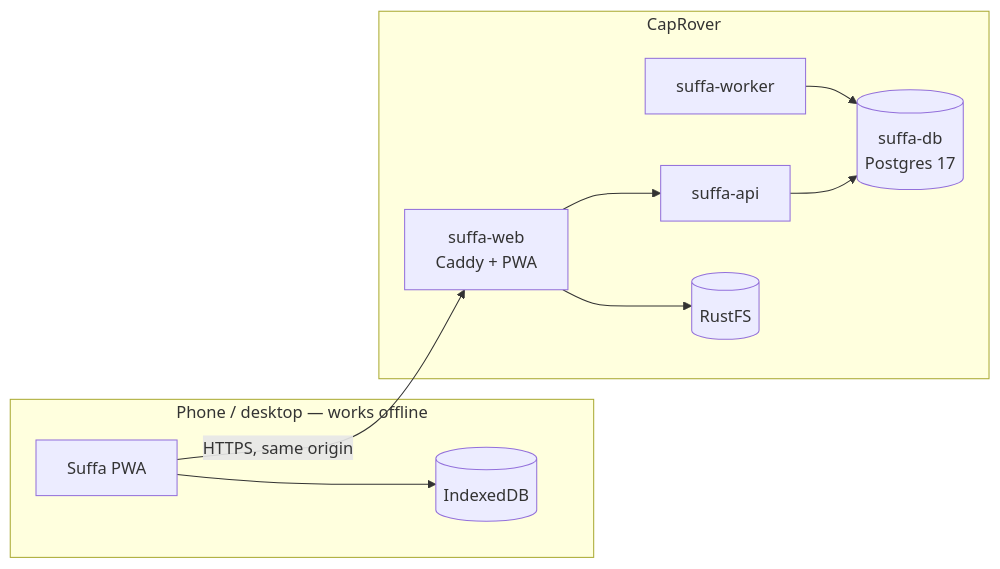
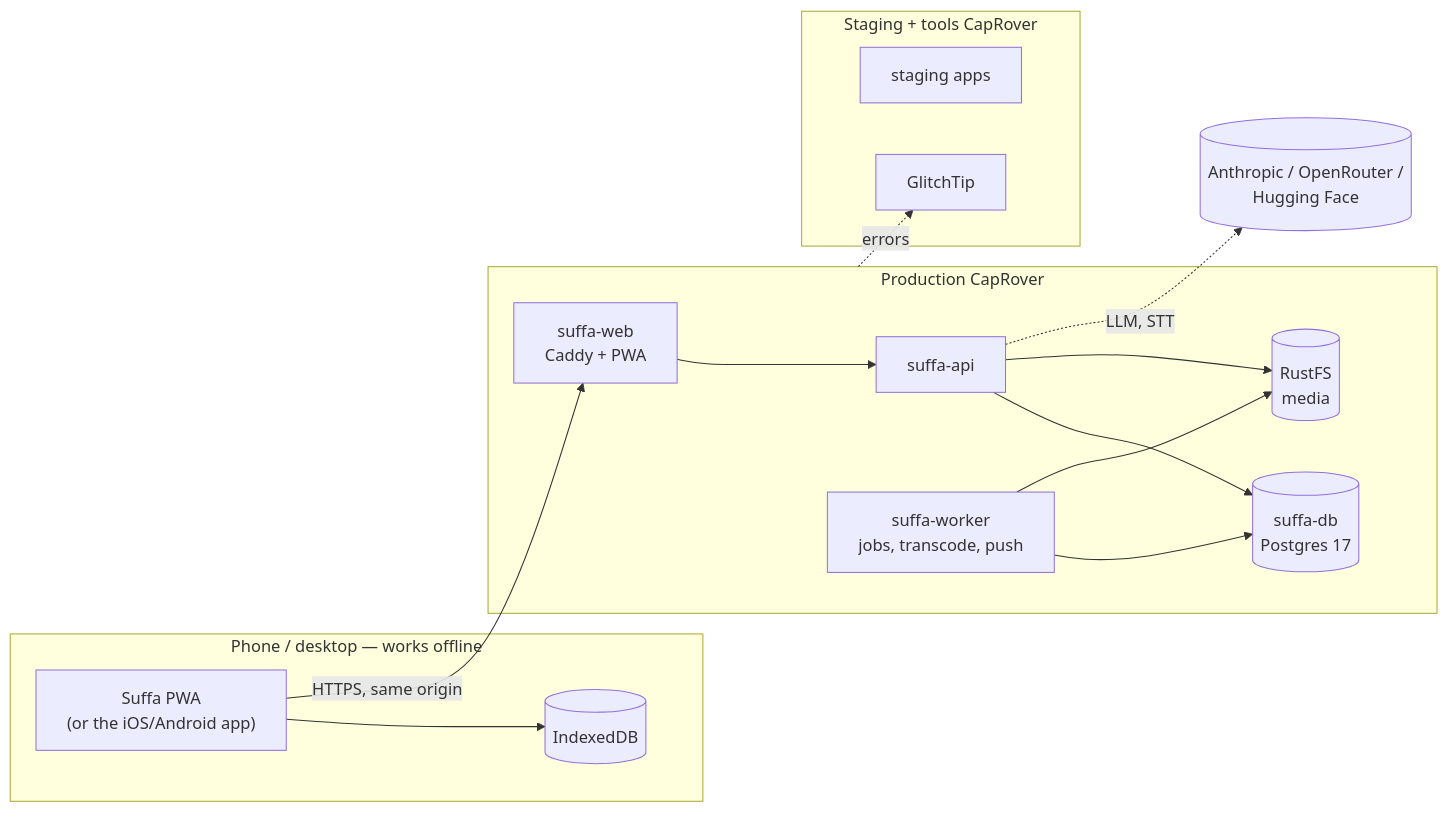
Before and after one commit to Sira-Labs/Suffa: the diagram in README.md, drawn with Mermaid. The commit also changed other lines of this file and 2 other files, not shown here.

First line of the commit message:
docs: plan, roadmap and README for S1–S14 built and the week ahead

````diff
--- a/README.md
+++ b/README.md
@@ -113,13 +127,20 @@
 ```mermaid
 flowchart LR
   subgraph Device["Phone / desktop — works offline"]
-    PWA[Suffa PWA] --> IDB[(IndexedDB)]
+    PWA["Suffa PWA<br/>(or the iOS/Android app)"] --> IDB[(IndexedDB)]
   end
-  subgraph CapRover
+  subgraph Prod["Production CapRover"]
     Web["suffa-web<br/>Caddy + PWA"] --> API[suffa-api]
-    Worker[suffa-worker] --> DB[(suffa-db<br/>Postgres 17)]
+    Worker["suffa-worker<br/>jobs, transcode, push"] --> DB[(suffa-db<br/>Postgres 17)]
     API --> DB
-    Web --> RustFS[(RustFS)]
+    API --> RustFS[(RustFS<br/>media)]
+    Worker --> RustFS
+  end
+  subgraph Tools["Staging + tools CapRover"]
+    Staging[staging apps]
+    GlitchTip[GlitchTip]
   end
   PWA -- "HTTPS, same origin" --> Web
+  API -. "LLM, STT" .-> AI[(Anthropic / OpenRouter /<br/>Hugging Face)]
+  Prod -. errors .-> GlitchTip
 ```
````
